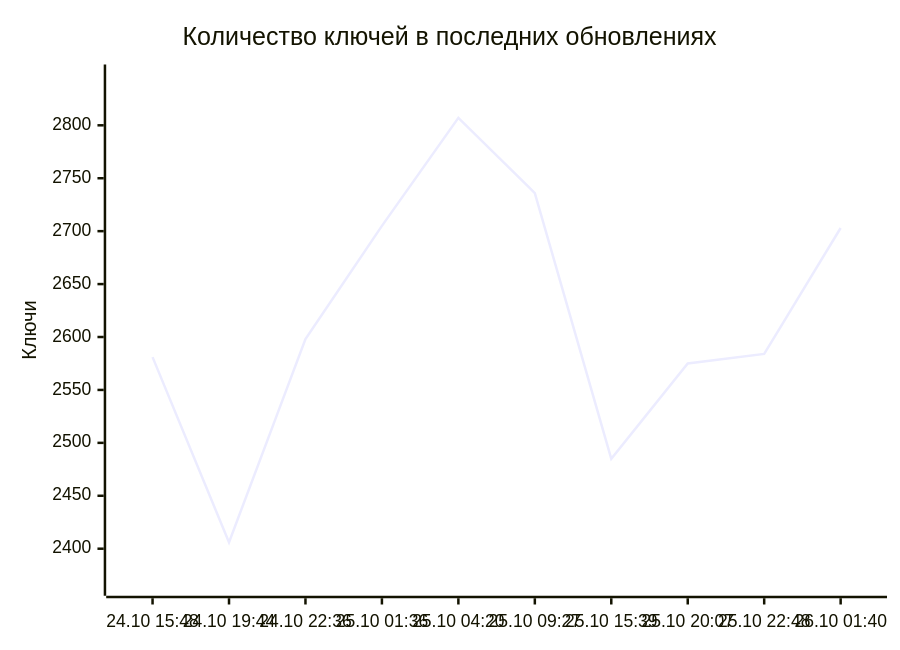
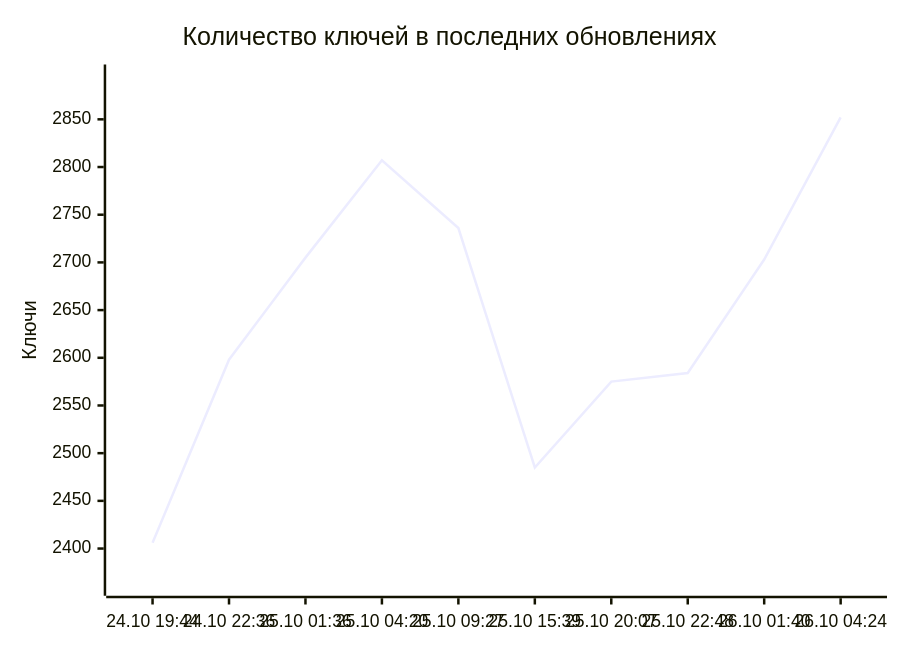
The diagram in README.md (markKikhtenko/WireVeil), drawn with Mermaid before and after one commit. The commit also changed other lines of this file and 12 other files, not shown here.

````diff
--- a/README.md
+++ b/README.md
@@ -55,7 +55,7 @@
 ```mermaid
 xychart-beta
     title "Количество ключей в последних обновлениях"
-    x-axis ["24.10 15:48", "24.10 19:44", "24.10 22:36", "25.10 01:36", "25.10 04:20", "25.10 09:27", "25.10 15:39", "25.10 20:07", "25.10 22:48", "26.10 01:40"]
-    y-axis "Ключи" 2365 --> 2848
-    line [2581, 2406, 2598, 2705, 2807, 2736, 2485, 2575, 2584, 2703]
+    x-axis ["24.10 19:44", "24.10 22:36", "25.10 01:36", "25.10 04:20", "25.10 09:27", "25.10 15:39", "25.10 20:07", "25.10 22:48", "26.10 01:40", "26.10 04:24"]
+    y-axis "Ключи" 2361 --> 2897
+    line [2406, 2598, 2705, 2807, 2736, 2485, 2575, 2584, 2703, 2852]
 ```
````
